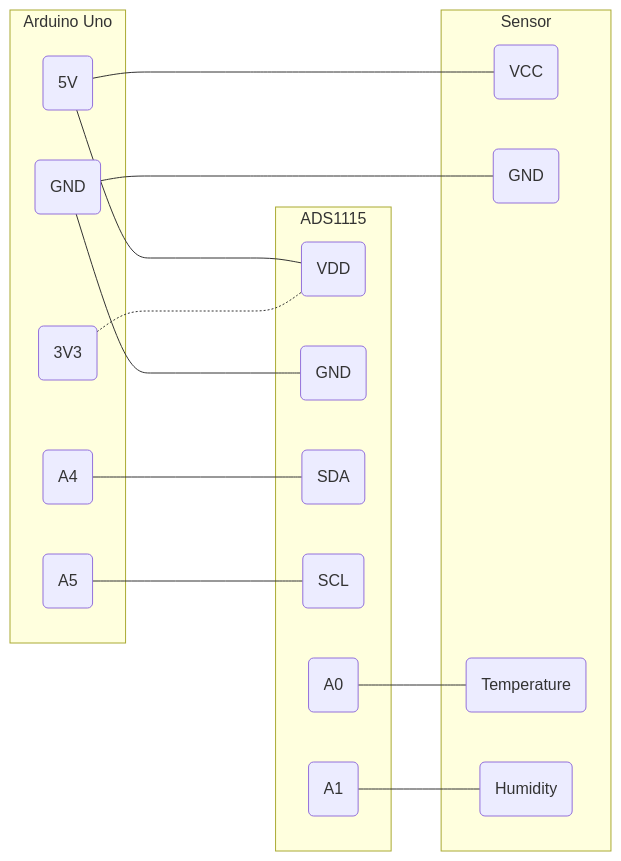
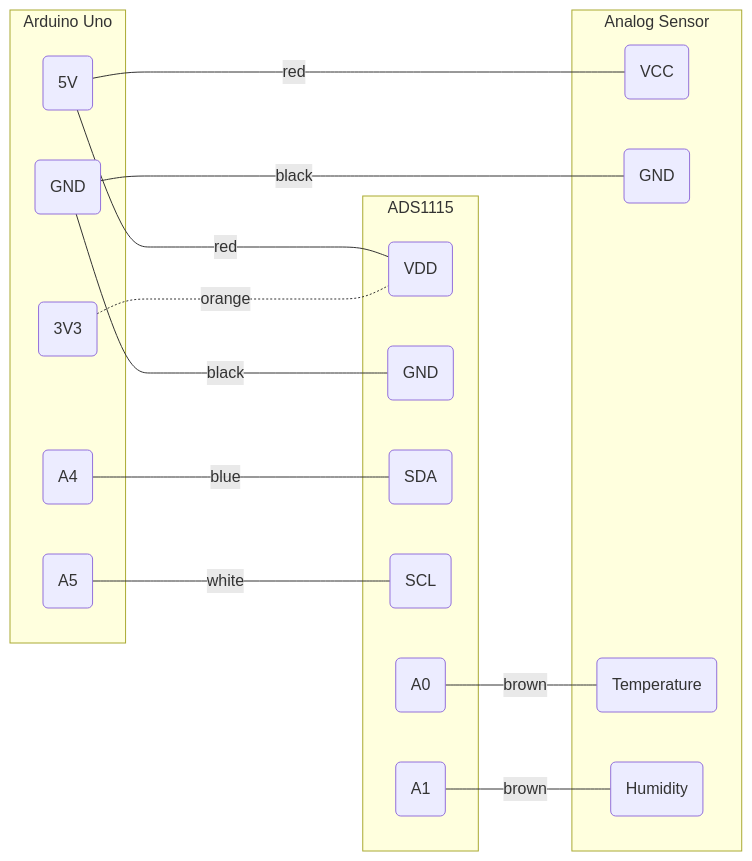
One commit to jochen4errors/colorcodes changed the second of 2 diagrams in wires.md. Above: the diagram before and after it, drawn with Mermaid. The commit also changed other lines of this file, not shown here.

````diff
--- a/wires.md
+++ b/wires.md
@@ -30,34 +30,34 @@
 ```mermaid
   flowchart LR
-    Uno_3V3(3V3)-.-ADS1115_VDD(VDD) 
-    Uno_5V(5V)---ADS1115_VDD(VDD)
-    Uno_5V(5V)---SensorVCC(VCC)
-    Uno_GND(GND)-----ADS1115_GND(GND)
-    Uno_GND(GND)------SensorGND(GND)
-    Uno_A4(A4)---ADS1115_SDA(SDA)
-    Uno_A5(A5)---ADS1115_SCL(SCL)
-    ADS1115_A0(A0)---Sensor1(Temperature)
-    ADS1115_A1(A1)---Sensor2(Humidity)
-    subgraph Sensor
+    Uno_3V3(3V3)-.-|orange|ADS1115_VDD(VDD) 
+    Uno_5V(5V)---|red|ADS1115_VDD(VDD)
+    Uno_5V(5V)---|red|SensorVCC(VCC)
+    Uno_GND(GND)-----|black|ADS1115_GND(GND)
+    Uno_GND(GND)------|black|SensorGND(GND)
+    Uno_A4(A4)---|blue|ADS1115_SDA(SDA)
+    Uno_A5(A5)---|white|ADS1115_SCL(SCL)
+    ADS1115_A0(A0)---|brown|Sensor1(Temperature)
+    ADS1115_A1(A1)---|brown|Sensor2(Humidity)
+    subgraph Analog Sensor
       SensorVCC(VCC)
       SensorGND(GND)
       Sensor1(Temperature)
       Sensor2(Humidity)
     end
     subgraph ADS1115
       ADS1115_VDD(VDD)
       ADS1115_VDD(VDD)
       ADS1115_GND(GND)
       ADS1115_SDA(SDA)
       ADS1115_SCL(SCL)
       ADS1115_A0(A0)
       ADS1115_A1(A1)
     end
     subgraph Arduino Uno
       Uno_3V3(3V3)
       Uno_5V(5V)
       Uno_GND(GND)
       Uno_A4(A4)
       Uno_A5(A5)
     end
 ```
````
